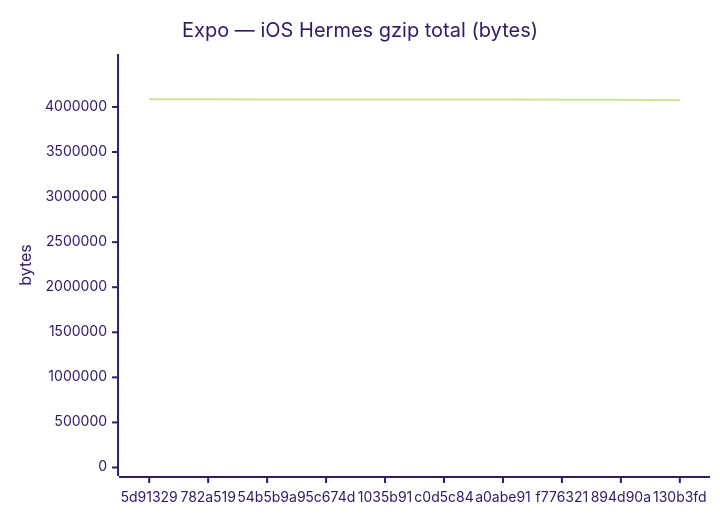
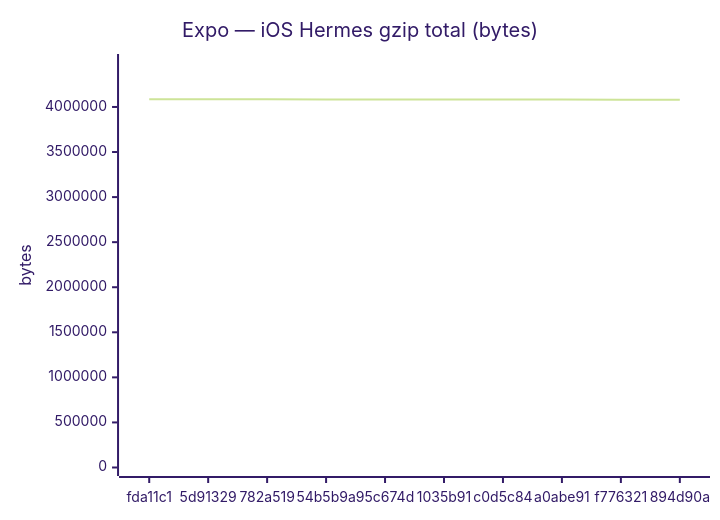
Before and after one commit to Metaheurist/Rianell: the sixth of 18 diagrams in benchmarks/compare.md, drawn with Mermaid (forest theme). The commit also changed other lines of this file and 11 other files, not shown here.

````diff
--- a/benchmarks/compare.md
+++ b/benchmarks/compare.md
@@ -96,7 +96,7 @@
 ```mermaid
 xychart-beta
     title "Expo — iOS Hermes gzip total (bytes)"
-    x-axis ["5d91329", "782a519", "54b5b9a", "95c674d", "1035b91", "c0d5c84", "a0abe91", "f776321", "894d90a", "130b3fd"]
-    y-axis "bytes" 0 --> 4493286
-    line [4084805, 4084677, 4082348, 4083105, 4083108, 4083106, 4083107, 4079675, 4079243, 4074172]
+    x-axis ["fda11c1", "5d91329", "782a519", "54b5b9a", "95c674d", "1035b91", "c0d5c84", "a0abe91", "f776321", "894d90a"]
+    y-axis "bytes" 0 --> 4493294
+    line [4084812, 4084805, 4084677, 4082348, 4083105, 4083108, 4083106, 4083107, 4079675, 4079243]
 ```
````
